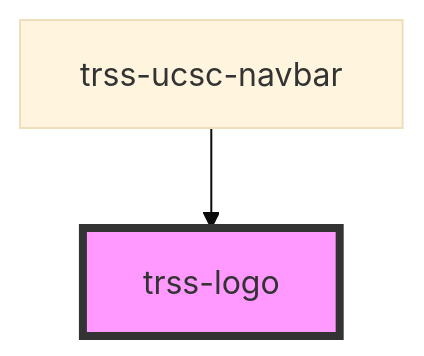
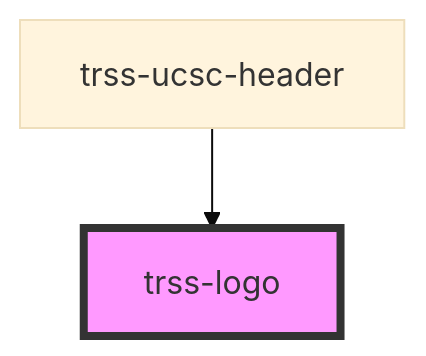
Before and after one commit to ucsc/truss: the diagram in src/components/trss-logo/readme.md, drawn with Mermaid (base theme). The commit also changed other lines of this file and 33 other files, not shown here.

````diff
--- a/src/components/trss-logo/readme.md
+++ b/src/components/trss-logo/readme.md
@@ -22,5 +22,5 @@
 ```mermaid
 graph TD;
-  trss-ucsc-navbar --> trss-logo
+  trss-ucsc-header --> trss-logo
   style trss-logo fill:#f9f,stroke:#333,stroke-width:4px
 ```
````
